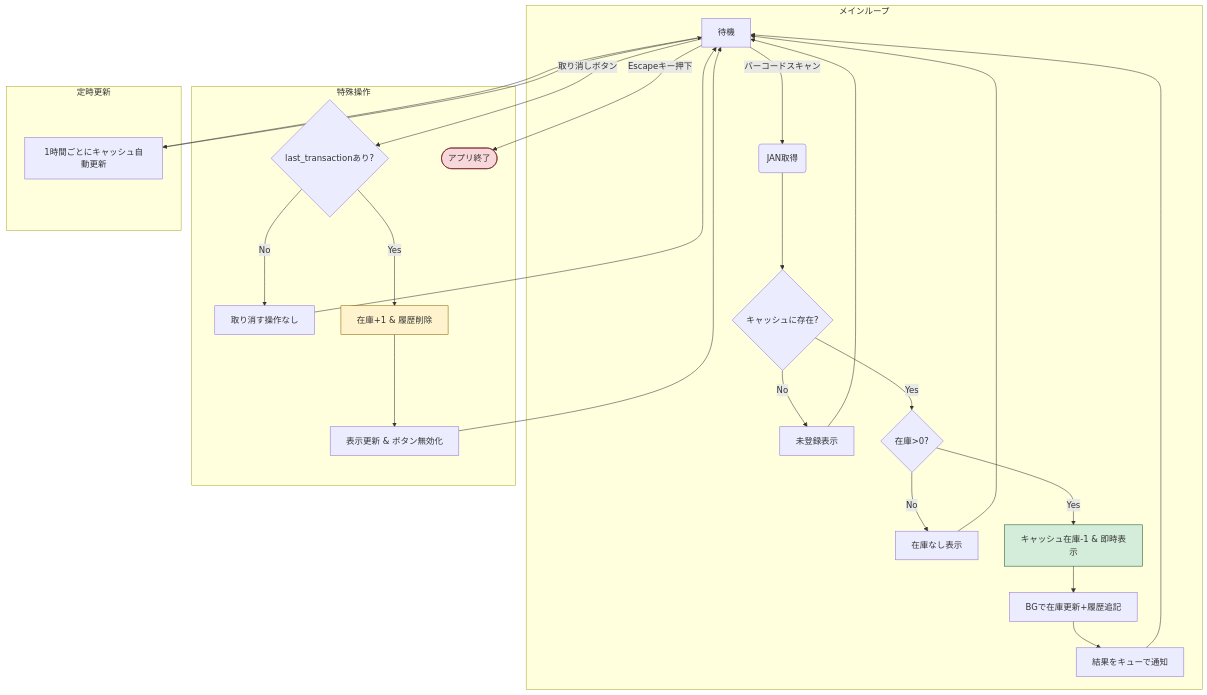
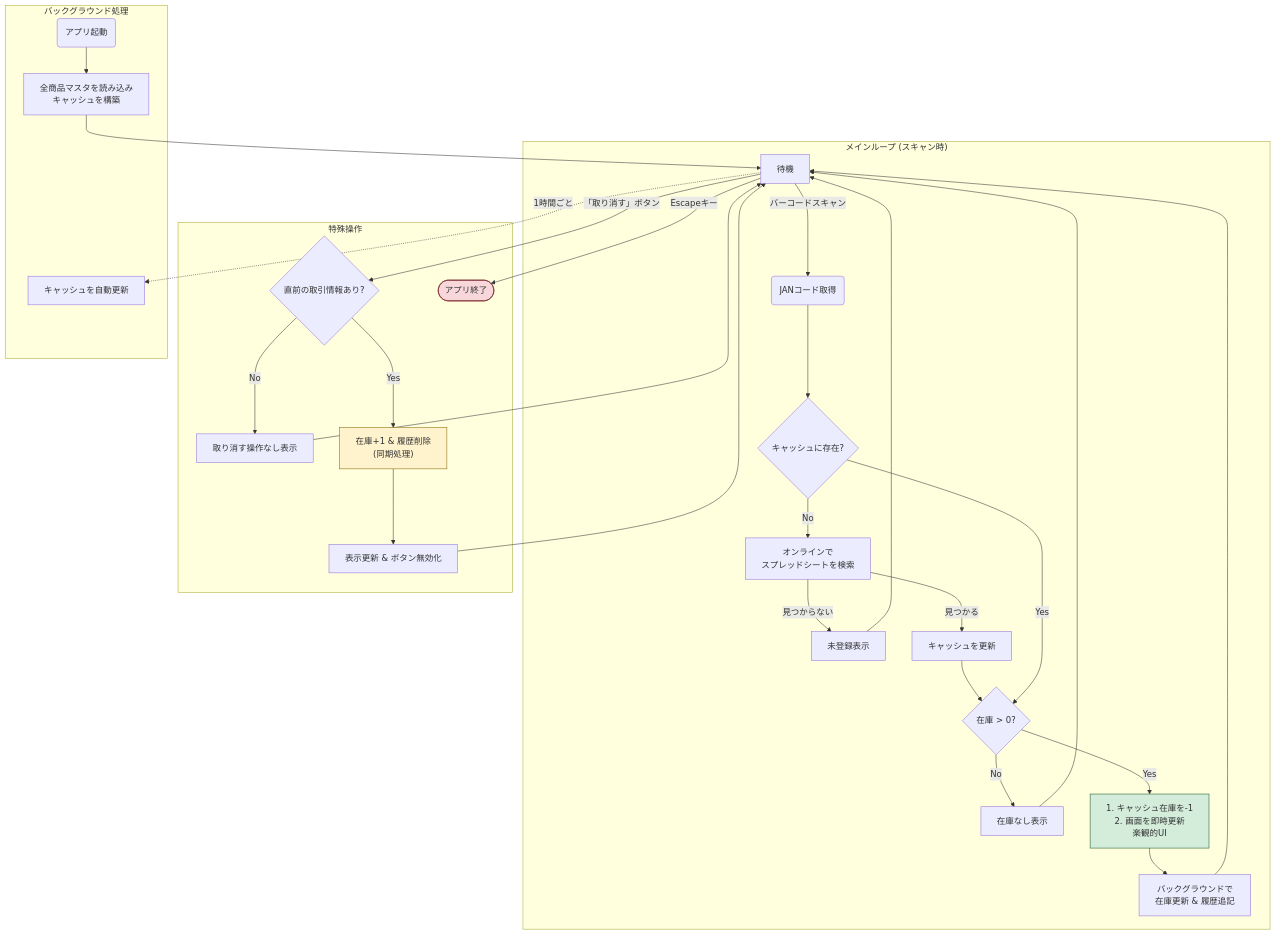
The diagram in README.md (nagashimashion/Okashi_system), drawn with Mermaid before and after one commit.

Commit message:
ワークフロー図変だったから直した

````diff
--- a/README.md
+++ b/README.md
@@ -19,36 +19,39 @@
 ```mermaid
 graph TD
-    subgraph "メインループ"
-        A[待機] -->|バーコードスキャン| B(JAN取得);
-        B --> C{キャッシュに存在?};
-        C -->|No| D[未登録表示];
-        D --> A;
-        C -->|Yes| E{在庫>0?};
-        E -->|No| F[在庫なし表示];
-        F --> A;
-        E -->|Yes| G[キャッシュ在庫-1 & 即時表示];
-        G --> H[BGで在庫更新+履歴追記];
-        H --> I[結果をキューで通知];
-        I --> A;
+    subgraph "メインループ (スキャン時)"
+        A["待機"] -->|"バーコードスキャン"| B("JANコード取得");
+        B --> C{"キャッシュに存在?"};
+        C -->|No| D["オンラインで<br>スプレッドシートを検索"];
+        D -->|"見つからない"| E["未登録表示"];
+        E --> A;
+        D -->|"見つかる"| F["キャッシュを更新"];
+        F --> G{"在庫 > 0?"};
+
+        C -->|Yes| G;
+        G -->|No| H["在庫なし表示"];
+        H --> A;
+        G -->|Yes| I["1. キャッシュ在庫を-1<br>2. 画面を即時更新<br>楽観的UI"];
+        I --> J["バックグラウンドで<br>在庫更新 & 履歴追記"];
+        J --> A;
     end
 
     subgraph "特殊操作"
-        A -->|取り消しボタン| J{last_transactionあり?};
-        J -->|No| K[取り消す操作なし];
-        K --> A;
-        J -->|Yes| L[在庫+1 & 履歴削除];
-        L --> M[表示更新 & ボタン無効化];
-        M --> A;
-
-        A -->|"Escapeキー押下"| O([アプリ終了]);
+        A -->|"「取り消す」ボタン"| K{"直前の取引情報あり?"};
+        K -->|No| L["取り消す操作なし表示"];
+        L --> A;
+        K -->|Yes| M["在庫+1 & 履歴削除<br>(同期処理)"];
+        M --> N["表示更新 & ボタン無効化"];
+        N --> A;
+        A -->|"Escapeキー"| O([アプリ終了]);
     end
 
-    subgraph "定時更新"
-        A --> N[1時間ごとにキャッシュ自動更新];
-        N --> A;
+    subgraph "バックグラウンド処理"
+        P("アプリ起動") --> Q["全商品マスタを読み込み<br>キャッシュを構築"];
+        Q --> A;
+        A -.->|"1時間ごと"| R["キャッシュを自動更新"];
     end
 
-    style G fill:#d4edda,stroke:#155724
-    style L fill:#fff3cd,stroke:#856404
+    style I fill:#d4edda,stroke:#155724
+    style M fill:#fff3cd,stroke:#856404
     style O fill:#f8d7da,stroke:#721c24
 ```
````
